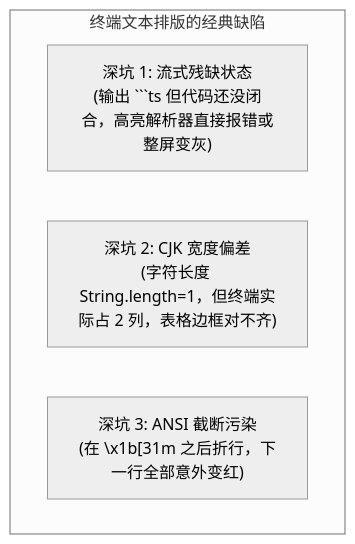
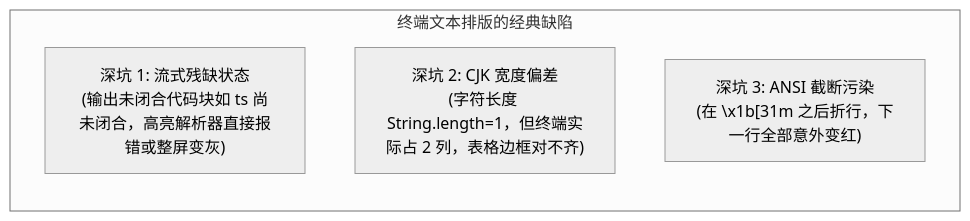
The diagram in content/posts/pi-agent/pi-advanced-04-tui-markdown-cjk.md (MoreConsequence/MoreConsequence.github.io), drawn with Mermaid (neutral theme) before and after one commit. The commit also changed 835 other files, not shown here.

First line of the commit message:
feat(blog): 全站33篇新增深度专栏与博文全量审核上线及矢量图表优化

````diff
--- a/content/posts/pi-agent/pi-advanced-04-tui-markdown-cjk.md
+++ b/content/posts/pi-agent/pi-advanced-04-tui-markdown-cjk.md
@@ -20,8 +20,8 @@
 ```mermaid
-flowchart TD
+flowchart LR
     subgraph Pitfalls["终端文本排版的经典缺陷"]
-        P1["深坑 1: 流式残缺状态<br/>(输出 ```ts 但代码还没闭合，高亮解析器直接报错或整屏变灰)"]
+        P1["深坑 1: 流式残缺状态<br/>(输出未闭合代码块如 ts 尚未闭合，高亮解析器直接报错或整屏变灰)"]
         P2["深坑 2: CJK 宽度偏差<br/>(字符长度 String.length=1，但终端实际占 2 列，表格边框对不齐)"]
         P3["深坑 3: ANSI 截断污染<br/>(在 \x1b[31m 之后折行，下一行全部意外变红)"]
     end
 ```
````
